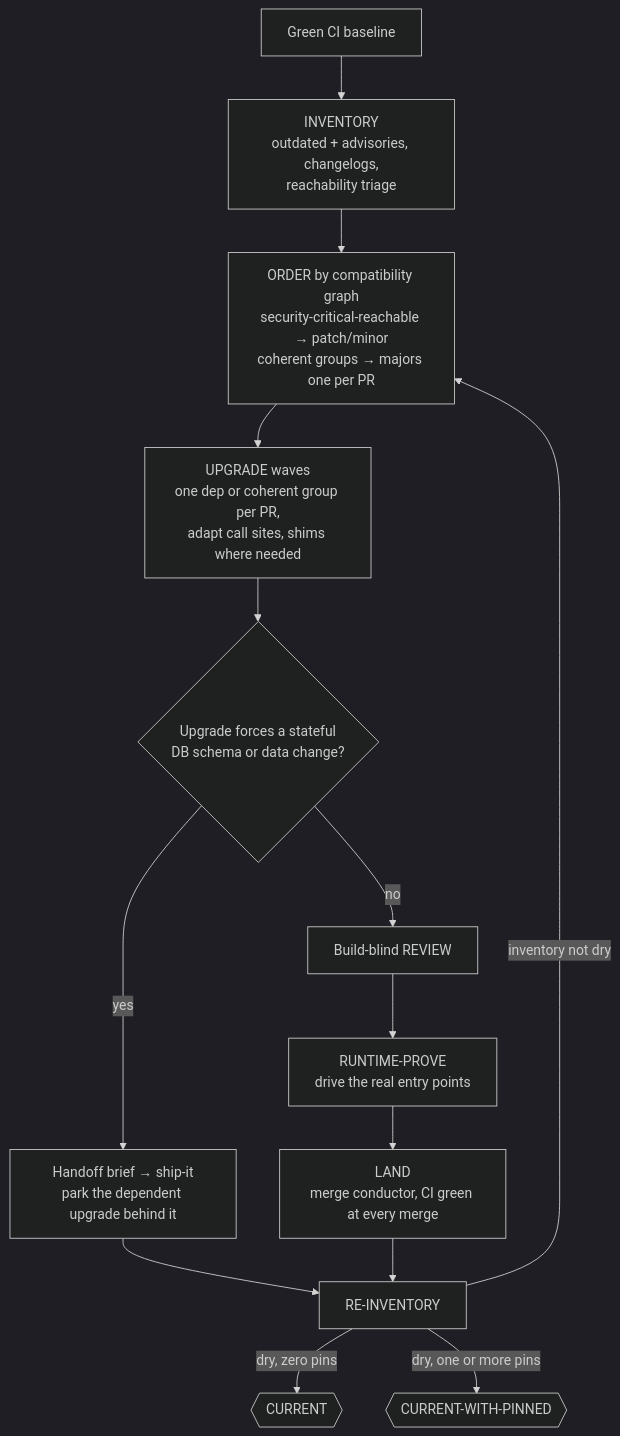
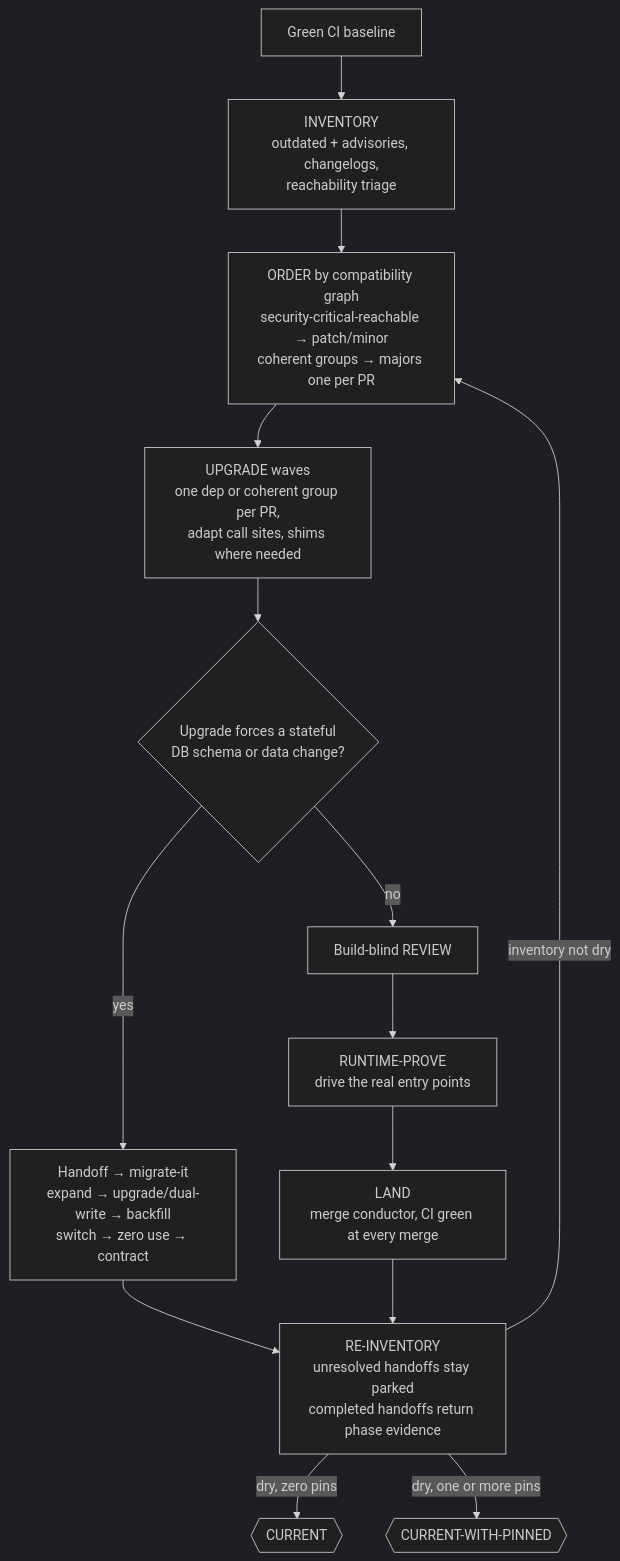
Before and after one commit to ravidsrk/orca-fleet: the diagram in docs/missions/modernize-it.md, drawn with Mermaid (dark theme). The commit also changed other lines of this file and 6 other files, not shown here.

````diff
--- a/docs/missions/modernize-it.md
+++ b/docs/missions/modernize-it.md
@@ -66,16 +61,16 @@
 ```mermaid
 flowchart TD
     A[Green CI baseline] --> B[INVENTORY<br/>outdated + advisories, changelogs,<br/>reachability triage]
     B --> C[ORDER by compatibility graph<br/>security-critical-reachable → patch/minor<br/>coherent groups → majors one per PR]
     C --> D[UPGRADE waves<br/>one dep or coherent group per PR,<br/>adapt call sites, shims where needed]
     D --> E{"Upgrade forces a stateful<br/>DB schema or data change?"}
-    E -->|yes| F[Handoff brief → ship-it<br/>park the dependent upgrade behind it]
+    E -->|yes| F[Handoff → migrate-it<br/>expand → upgrade/dual-write → backfill<br/>switch → zero use → contract]
     E -->|no| G[Build-blind REVIEW]
     G --> H[RUNTIME-PROVE<br/>drive the real entry points]
     H --> I[LAND<br/>merge conductor, CI green at every merge]
-    F --> J[RE-INVENTORY]
+    F --> J[RE-INVENTORY<br/>unresolved handoffs stay parked<br/>completed handoffs return phase evidence]
     I --> J
     J -->|inventory not dry| C
     J -->|dry, zero pins| K{{CURRENT}}
     J -->|dry, one or more pins| L{{CURRENT-WITH-PINNED}}
 ```
````
